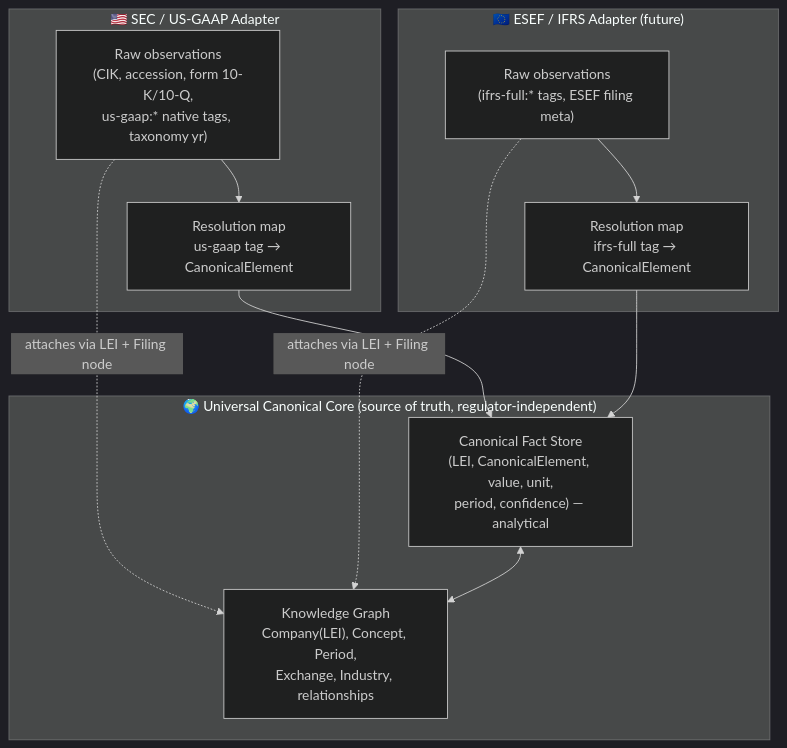
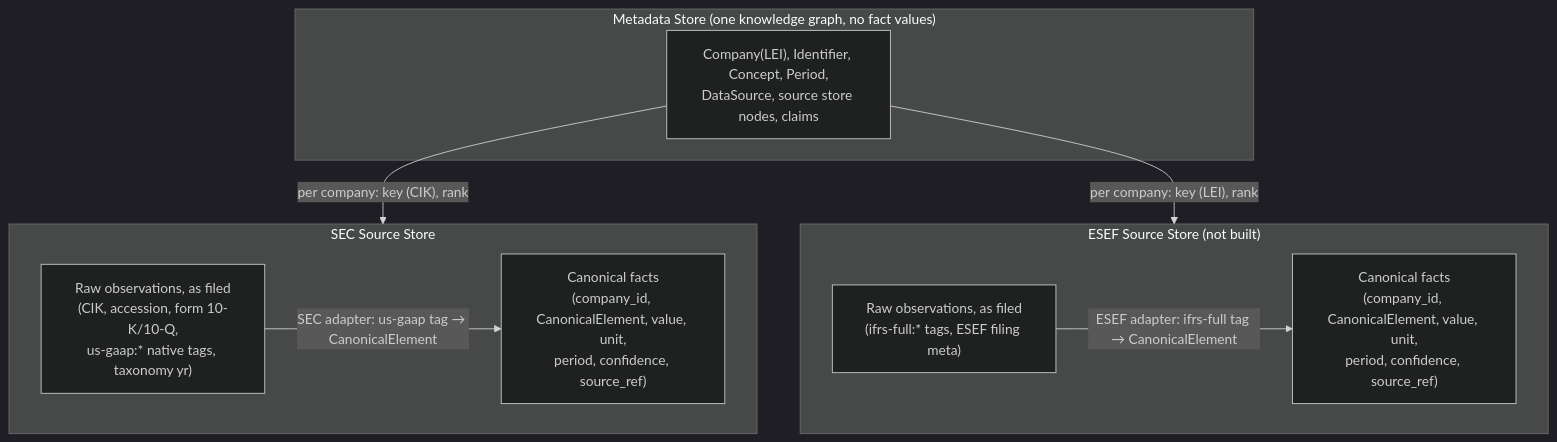
One commit to ironcapitaleu/arkad changed the first of 4 diagrams in sec/design/data_model/hybrid_data_model.md. Above: the diagram before and after it, drawn with Mermaid (dark theme). The commit also changed other lines of this file and 8 other files, not shown here.

````diff
--- a/sec/design/data_model/hybrid_data_model.md
+++ b/sec/design/data_model/hybrid_data_model.md
@@ -62,20 +60,18 @@
 ```mermaid
 flowchart TB
-  subgraph CORE["🌍 Universal Canonical Core (source of truth, regulator-independent)"]
-    KG["Knowledge Graph\nCompany(LEI), Concept, Period,\nExchange, Industry, relationships"]
-    AF["Canonical Fact Store\n(LEI, CanonicalElement, value, unit,\nperiod, confidence) — analytical"]
+  subgraph META["Metadata Store (one knowledge graph, no fact values)"]
+    KG["Company(LEI), Identifier, Concept, Period,\nDataSource, source store nodes, claims"]
   end
-  subgraph SEC["🇺🇸 SEC / US-GAAP Adapter"]
-    SECraw["Raw observations\n(CIK, accession, form 10-K/10-Q,\nus-gaap:* native tags, taxonomy yr)"]
-    SECmap["Resolution map\nus-gaap tag → CanonicalElement"]
+  subgraph SEC["SEC Source Store"]
+    SECraw["Raw observations, as filed\n(CIK, accession, form 10-K/10-Q,\nus-gaap:* native tags, taxonomy yr)"]
+    SECcan["Canonical facts\n(company_id, CanonicalElement, value, unit,\nperiod, confidence, source_ref)"]
   end
-  subgraph ESEF["🇪🇺 ESEF / IFRS Adapter (future)"]
-    ESEFraw["Raw observations\n(ifrs-full:* tags, ESEF filing meta)"]
-    ESEFmap["Resolution map\nifrs-full tag → CanonicalElement"]
+  subgraph ESEF["ESEF Source Store (not built)"]
+    ESEFraw["Raw observations, as filed\n(ifrs-full:* tags, ESEF filing meta)"]
+    ESEFcan["Canonical facts\n(company_id, CanonicalElement, value, unit,\nperiod, confidence, source_ref)"]
   end
-  SECraw --> SECmap --> AF
-  ESEFraw --> ESEFmap --> AF
-  SECraw -. "attaches via LEI + Filing node" .-> KG
-  ESEFraw -. "attaches via LEI + Filing node" .-> KG
-  AF <--> KG
+  SECraw -- "SEC adapter: us-gaap tag → CanonicalElement" --> SECcan
+  ESEFraw -- "ESEF adapter: ifrs-full tag → CanonicalElement" --> ESEFcan
+  KG -- "per company: key (CIK), rank" --> SEC
+  KG -- "per company: key (LEI), rank" --> ESEF
 ```
````
